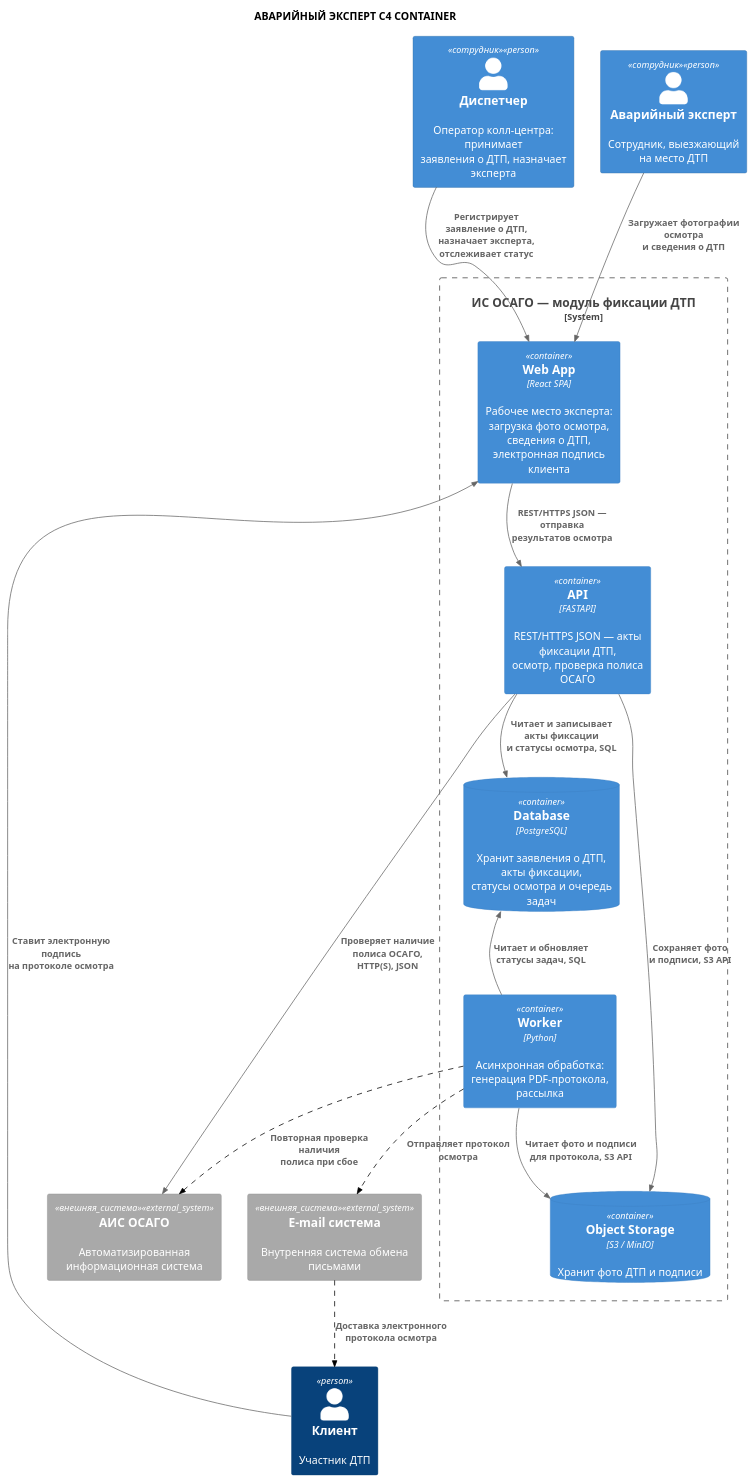
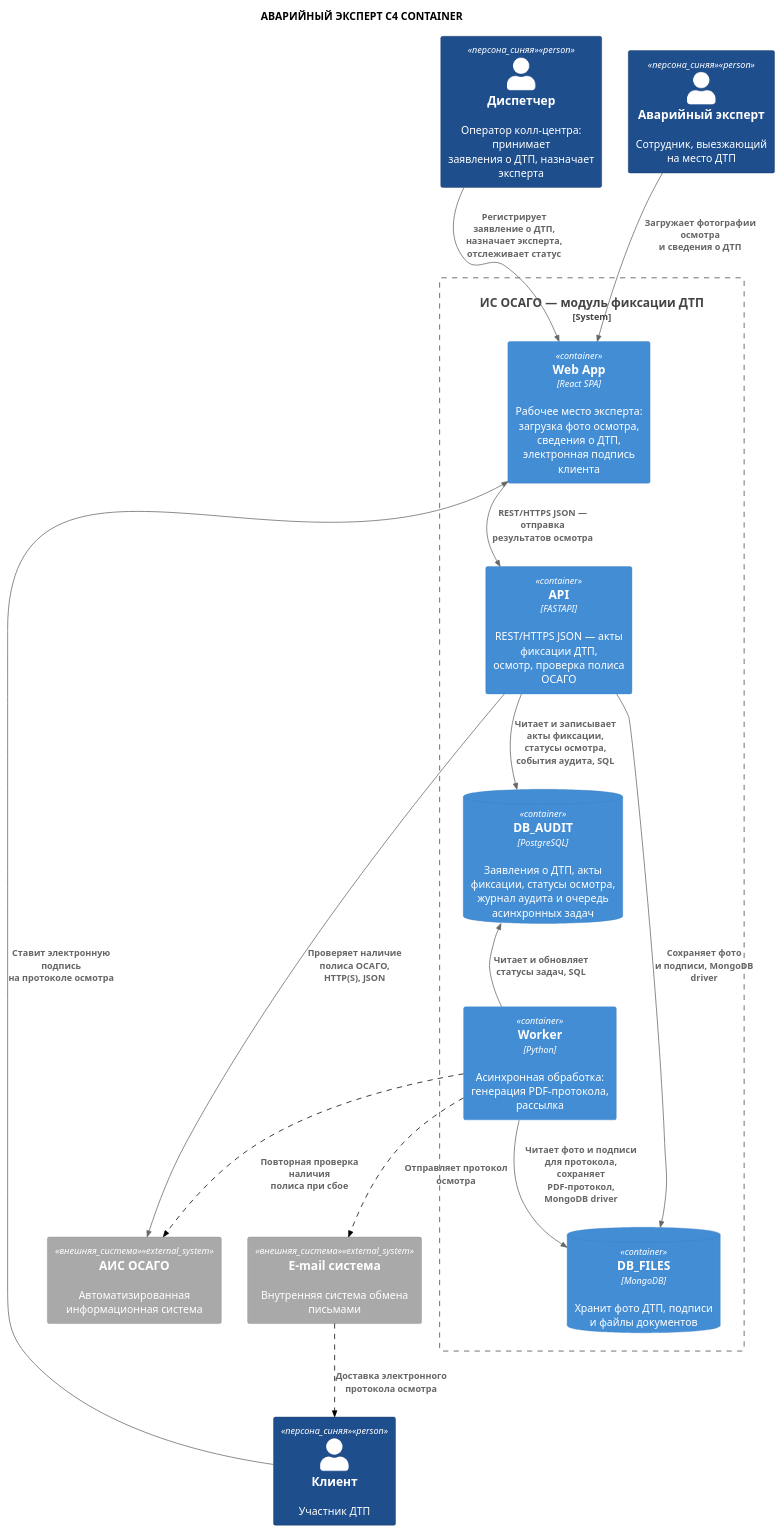
One commit to ElectricLight-ELO/Insurance-system changed the diagram in docs_and_diagrams/Dima/container.puml. Above: the diagram before and after it, drawn with PlantUML. The commit also changed 2 other files, not shown here.

```diff
--- a/docs_and_diagrams/Dima/container.puml
+++ b/docs_and_diagrams/Dima/container.puml
@@ -1,90 +1,73 @@
 @startuml
 !include https://raw.githubusercontent.com/plantuml-stdlib/C4-PlantUML/master/C4_Container.puml
 
 title АВАРИЙНЫЙ ЭКСПЕРТ C4 CONTAINER
 
-' === НАСТРОЙКА ЦВЕТОВ (как в Context) ===
+' === НАСТРОЙКА ЦВЕТОВ ===
 AddSystemTag("внешняя_система", $bgColor="#A9A9A9", $borderColor="#8A8A8A", $fontColor="#FFFFFF")
-AddPersonTag("сотрудник", $bgColor="#438DD5", $borderColor="#316CA5", $fontColor="#FFFFFF")
+AddPersonTag("персона_синяя", $bgColor="#1F4E8C", $borderColor="#143560", $fontColor="#FFFFFF")
 AddRelTag("пунктир", $lineStyle = DashedLine(), $lineColor = "#000000")
 
 ' === ЭЛЕМЕНТЫ ===
 
-Person(dispatcher, "Диспетчер", "Оператор колл-центра: принимает\nзаявления о ДТП, назначает эксперта", $tags="сотрудник")
-Person(expert, "Аварийный эксперт", "Сотрудник, выезжающий\nна место ДТП", $tags="сотрудник")
-Person(client, "Клиент", "Участник ДТП")
+Person(dispatcher, "Диспетчер", "Оператор колл-центра: принимает\nзаявления о ДТП, назначает эксперта", $tags="персона_синяя")
+Person(expert, "Аварийный эксперт", "Сотрудник, выезжающий\nна место ДТП", $tags="персона_синяя")
+Person(client, "Клиент", "Участник ДТП", $tags="персона_синяя")
 
 ' Центральный сервис (модуль фиксации ДТП в составе ИС ОСАГО)
 System_Boundary(fixation_system, "ИС ОСАГО — модуль фиксации ДТП") {
 
     Container(web_app, "Web App", "React SPA", "Рабочее место эксперта: загрузка фото осмотра,\nсведения о ДТП, электронная подпись клиента")
 
     Container(api, "API", "FASTAPI", "REST/HTTPS JSON — акты фиксации ДТП,\nосмотр, проверка полиса ОСАГО")
 
     Container(worker, "Worker", "Python", "Асинхронная обработка:\nгенерация PDF-протокола, рассылка")
 
-    ContainerDb(database, "Database", "PostgreSQL", "Хранит заявления о ДТП, акты фиксации,\nстатусы осмотра и очередь задач")
+    ContainerDb(db_audit, "DB_AUDIT", "PostgreSQL", "Заявления о ДТП, акты фиксации, статусы осмотра,\nжурнал аудита и очередь асинхронных задач")
 
-    ContainerDb(object_storage, "Object Storage", "S3 / MinIO", "Хранит фото ДТП и подписи")
+    ContainerDb(db_files, "DB_FILES", "MongoDB", "Хранит фото ДТП, подписи\nи файлы документов")
 }
 
 ' Внешние системы (серые)
 System_Ext(ais_osago, "АИС ОСАГО", "Автоматизированная информационная система", $tags="внешняя_система")
 System_Ext(email_sys, "E-mail система", "Внутренняя система обмена письмами", $tags="внешняя_система")
 
 ' === СВЯЗИ ===
 
-' Диспетчер -> Web App
 Rel(dispatcher, web_app, "Регистрирует заявление о ДТП,\nназначает эксперта, отслеживает статус")
-
-' Аварийный эксперт -> Web App
 Rel(expert, web_app, "Загружает фотографии осмотра\nи сведения о ДТП")
-
-' Клиент -> Web App (подпись протокола на планшете эксперта)
 Rel(client, web_app, "Ставит электронную подпись\nна протоколе осмотра")
 
-' Web App -> API
 Rel(web_app, api, "REST/HTTPS JSON — отправка\nрезультатов осмотра")
 
-' API -> Database
-Rel(api, database, "Читает и записывает акты фиксации\nи статусы осмотра, SQL")
-
-' API -> Object Storage
-Rel(api, object_storage, "Сохраняет фото\nи подписи, S3 API")
+' API -> базы данных
+Rel(api, db_audit, "Читает и записывает акты фиксации,\nстатусы осмотра, события аудита, SQL")
+Rel(api, db_files, "Сохраняет фото\nи подписи, MongoDB driver")
 
 ' API -> АИС ОСАГО
 Rel(api, ais_osago, "Проверяет наличие полиса ОСАГО,\nHTTP(S), JSON")
 
-' Worker -> Database (поллинг очереди задач)
-Rel(worker, database, "Читает и обновляет\nстатусы задач, SQL")
+' Worker -> базы данных
+Rel(worker, db_audit, "Читает и обновляет\nстатусы задач, SQL")
+Rel(worker, db_files, "Читает фото и подписи для протокола,\nсохраняет PDF-протокол, MongoDB driver")
 
-' Worker -> Object Storage
-Rel(worker, object_storage, "Читает фото и подписи\nдля протокола, S3 API")
-
-' Worker -> АИС ОСАГО (пунктир — повтор при сбое)
+' Worker -> внешние системы (пунктир)
 Rel(worker, ais_osago, "Повторная проверка наличия\nполиса при сбое", $tags="пунктир")
-
-' Worker -> E-mail система (пунктир)
 Rel(worker, email_sys, "Отправляет протокол\nосмотра", $tags="пунктир")
-
-' E-mail система -> Клиент (пунктир)
 Rel(email_sys, client, "Доставка электронного\nпротокола осмотра", $tags="пунктир")
 
 ' === УПРАВЛЕНИЕ LAYOUT (скрытые связи) ===
 
-' Три актора сверху в ряд
 dispatcher -[hidden]right- expert
 expert -[hidden]right- client
 dispatcher -[hidden]down- web_app
 
-' Контейнеры внутри boundary
 web_app -[hidden]down- api
-api -[hidden]down- database
-database -[hidden]right- object_storage
-database -[hidden]down- worker
+api -[hidden]down- db_audit
+db_audit -[hidden]right- db_files
+db_audit -[hidden]down- worker
 
-' Внешние системы внизу
 fixation_system -[hidden]down- ais_osago
 ais_osago -[hidden]right- email_sys
 
 @enduml
```
